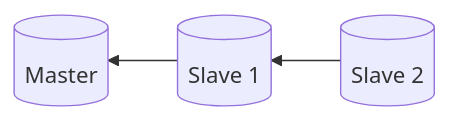
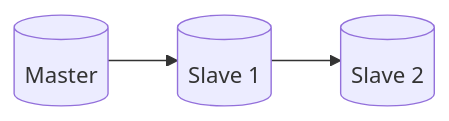
One commit to danilhendrasr/mysql-replication-experiment changed the diagram in cascading-binlog/README.md. Above: the diagram before and after it, drawn with Mermaid. The commit also changed 4 other files, not shown here.

Commit message:
docs: update incorrect diagram directions

````diff
--- a/cascading-binlog/README.md
+++ b/cascading-binlog/README.md
@@ -7,8 +7,8 @@
 ```mermaid
-flowchart RL
+flowchart LR
   master[(Master)]
   slave1[(Slave 1)]
   slave2[(Slave 2)]
-  slave1-->master
-  slave2-->slave1
+  master-->slave1
+  slave1-->slave2
 ```
````
